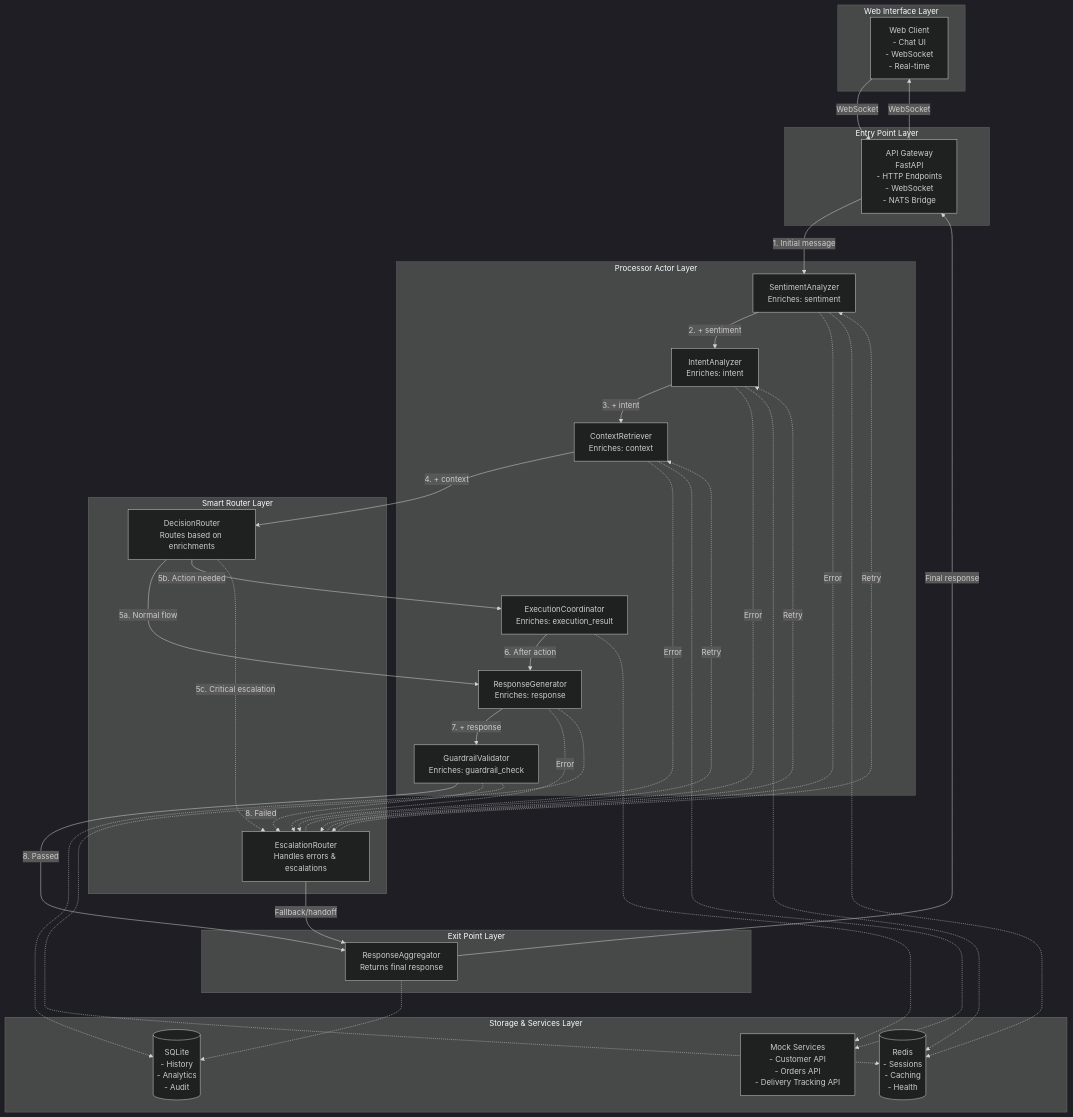
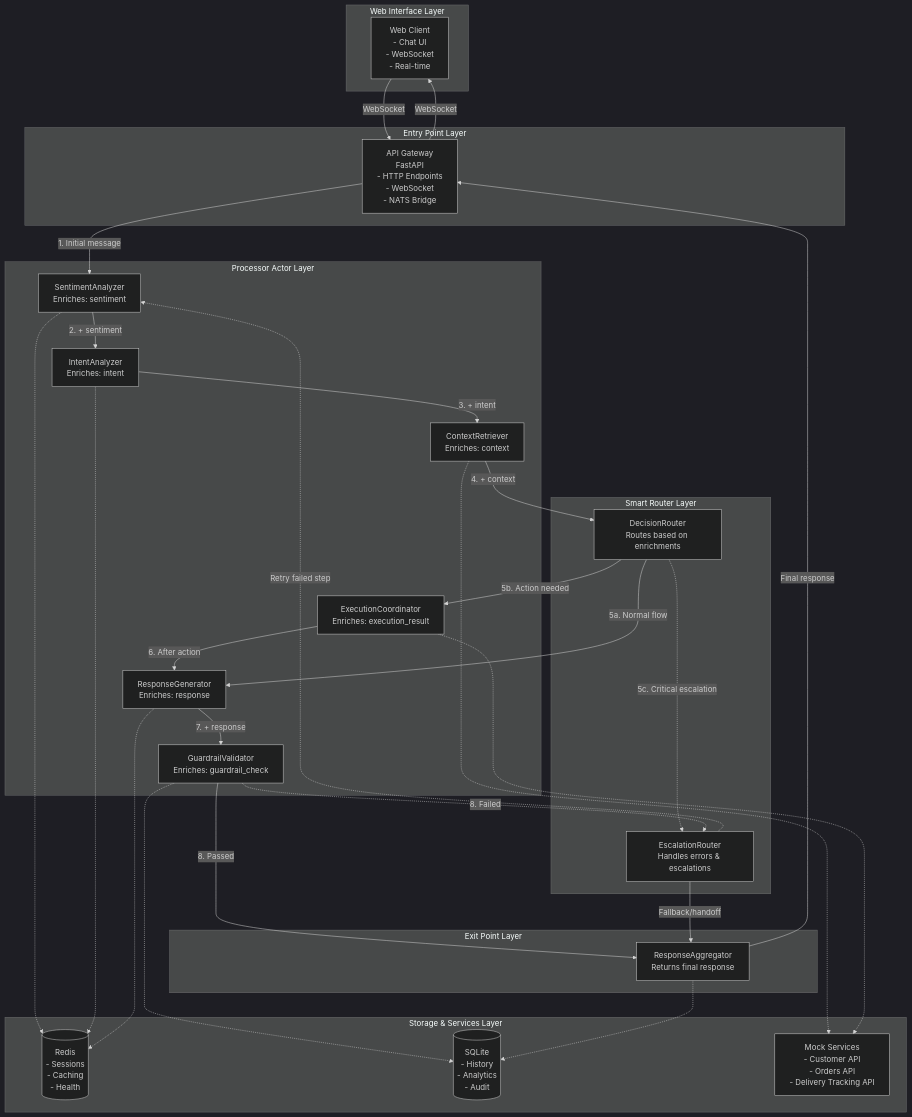
Before and after one commit to trustmaster/actor-mesh-demo: the diagram in README.md, drawn with Mermaid (dark theme). The commit also changed other lines of this file, not shown here.

Commit message:
Simplify the connections in Readme

````diff
--- a/README.md
+++ b/README.md
@@ -21,79 +21,71 @@
 ```mermaid
 graph TB
     subgraph "Web Interface Layer"
         WebClient[Web Client<br/>- Chat UI<br/>- WebSocket<br/>- Real-time]
     end
 
     subgraph "Entry Point Layer"
         ApiGateway[API Gateway<br/>FastAPI<br/>- HTTP Endpoints<br/>- WebSocket<br/>- NATS Bridge]
     end
 
     subgraph "Processor Actor Layer"
         SentimentAnalyzer[SentimentAnalyzer<br/>Enriches: sentiment]
         IntentAnalyzer[IntentAnalyzer<br/>Enriches: intent]
         ContextRetriever[ContextRetriever<br/>Enriches: context]
         ResponseGenerator[ResponseGenerator<br/>Enriches: response]
         GuardrailValidator[GuardrailValidator<br/>Enriches: guardrail_check]
         ExecutionCoordinator[ExecutionCoordinator<br/>Enriches: execution_result]
     end
 
     subgraph "Smart Router Layer"
         DecisionRouter[DecisionRouter<br/>Routes based on enrichments]
         EscalationRouter[EscalationRouter<br/>Handles errors & escalations]
     end
 
     subgraph "Exit Point Layer"
         ResponseAggregator[ResponseAggregator<br/>Returns final response]
     end
 
     subgraph "Storage & Services Layer"
         RedisCache[(Redis<br/>- Sessions<br/>- Caching<br/>- Health)]
         SqliteDb[(SQLite<br/>- History<br/>- Analytics<br/>- Audit)]
         MockServices[Mock Services<br/>- Customer API<br/>- Orders API<br/>- Delivery Tracking API]
     end
 
     %% Main processing flow (standard route)
     WebClient -->|WebSocket| ApiGateway
     ApiGateway -->|1. Initial message| SentimentAnalyzer
     SentimentAnalyzer -->|2. + sentiment| IntentAnalyzer
     IntentAnalyzer -->|3. + intent| ContextRetriever
     ContextRetriever -->|4. + context| DecisionRouter
     
     %% Decision router routing options
     DecisionRouter -->|5a. Normal flow| ResponseGenerator
     DecisionRouter -->|5b. Action needed| ExecutionCoordinator
     DecisionRouter -.->|5c. Critical escalation| EscalationRouter
     
     %% Execution coordinator path
     ExecutionCoordinator -->|6. After action| ResponseGenerator
     
     %% Response generation path
     ResponseGenerator -->|7. + response| GuardrailValidator
     GuardrailValidator -->|8. Passed| ResponseAggregator
     GuardrailValidator -.->|8. Failed| EscalationRouter
     
     %% Escalation router paths
     EscalationRouter -->|Fallback/handoff| ResponseAggregator
-    EscalationRouter -.->|Retry| SentimentAnalyzer
-    EscalationRouter -.->|Retry| IntentAnalyzer
-    EscalationRouter -.->|Retry| ContextRetriever
-    
-    %% Error handling (any actor can error)
-    SentimentAnalyzer -.->|Error| EscalationRouter
-    IntentAnalyzer -.->|Error| EscalationRouter
-    ContextRetriever -.->|Error| EscalationRouter
-    ResponseGenerator -.->|Error| EscalationRouter
+    EscalationRouter -.->|Retry failed step| SentimentAnalyzer
     
     %% Response back to client
     ResponseAggregator -->|Final response| ApiGateway
     ApiGateway -->|WebSocket| WebClient
 
     %% Infrastructure connections
     SentimentAnalyzer -.-> RedisCache
     IntentAnalyzer -.-> RedisCache
     ContextRetriever -.-> MockServices
     ResponseGenerator -.-> RedisCache
     GuardrailValidator -.-> SqliteDb
     ExecutionCoordinator -.-> MockServices
     ResponseAggregator -.-> SqliteDb
 ```
````
